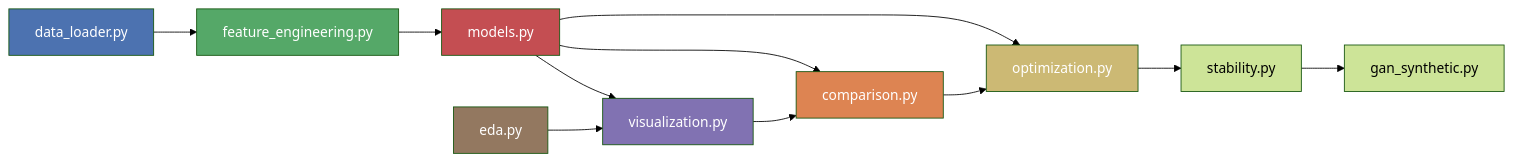
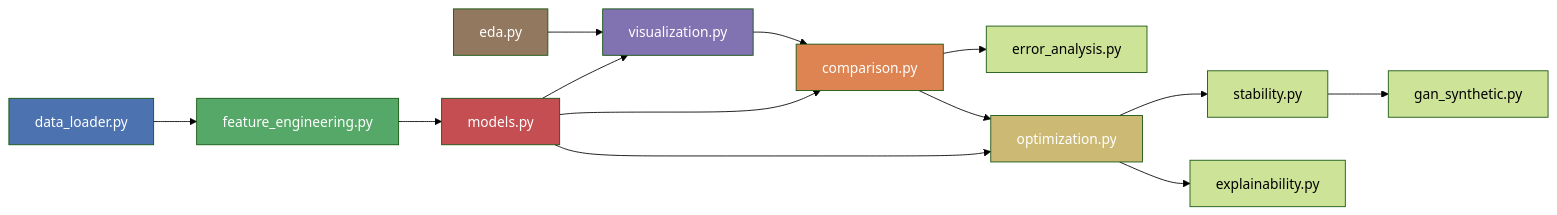
Before and after one commit to Elaina69/Project_Machine-Learning: the second of 2 diagrams in .docs/workflow.md, drawn with Mermaid (forest theme). The commit also changed other lines of this file and 70 other files, not shown here.

````diff
--- a/.docs/workflow.md
+++ b/.docs/workflow.md
@@ -547,21 +588,23 @@
 ```mermaid
 graph LR
     DL["data_loader.py"] --> FE["feature_engineering.py"]
     FE --> MD["models.py"]
     MD --> VZ["visualization.py"]
     MD --> CP["comparison.py"]
+    CP --> EA["error_analysis.py"]
     MD --> OP["optimization.py"]
     OP --> ST["stability.py"]
+    OP --> XAI["explainability.py"]
     ST --> GAN["gan_synthetic.py"]
     VZ --> CP
     CP --> OP
     EDA["eda.py"] --> VZ
     
     style DL fill:#4C72B0,color:#fff
     style FE fill:#55A868,color:#fff
     style MD fill:#C44E52,color:#fff
     style VZ fill:#8172B2,color:#fff
     style CP fill:#DD8452,color:#fff
     style EDA fill:#937860,color:#fff
     style OP fill:#CCB974,color:#fff
 ```
````
